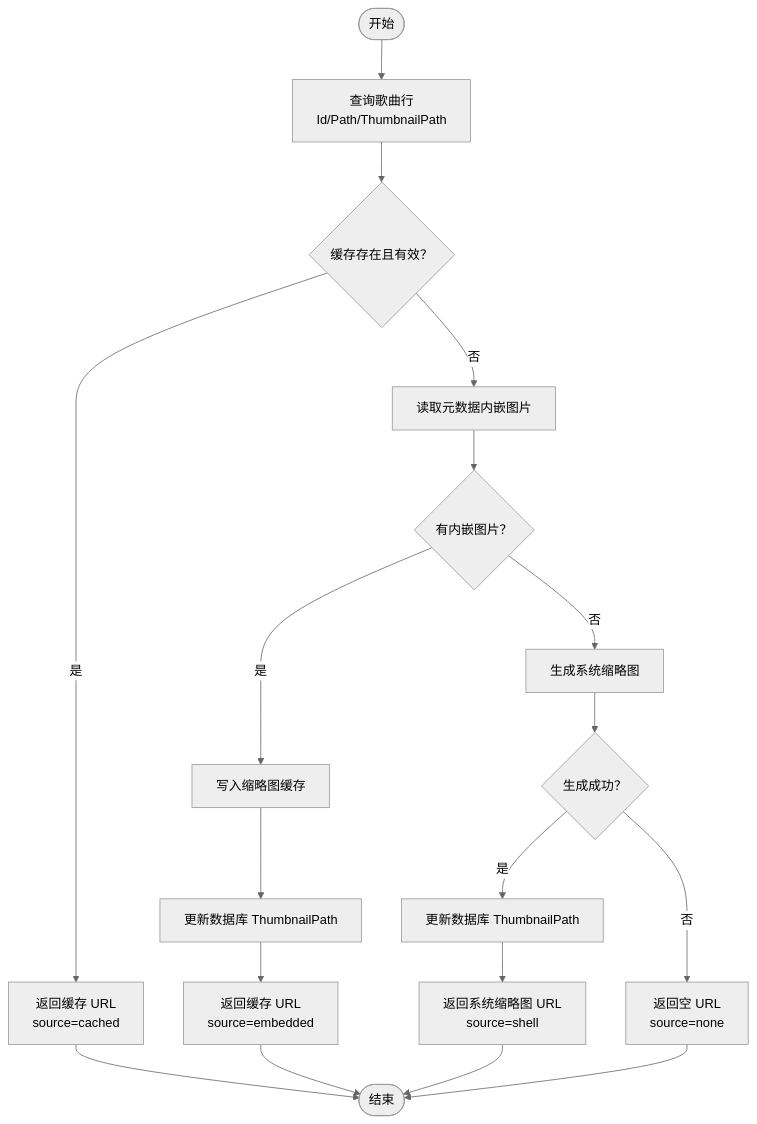
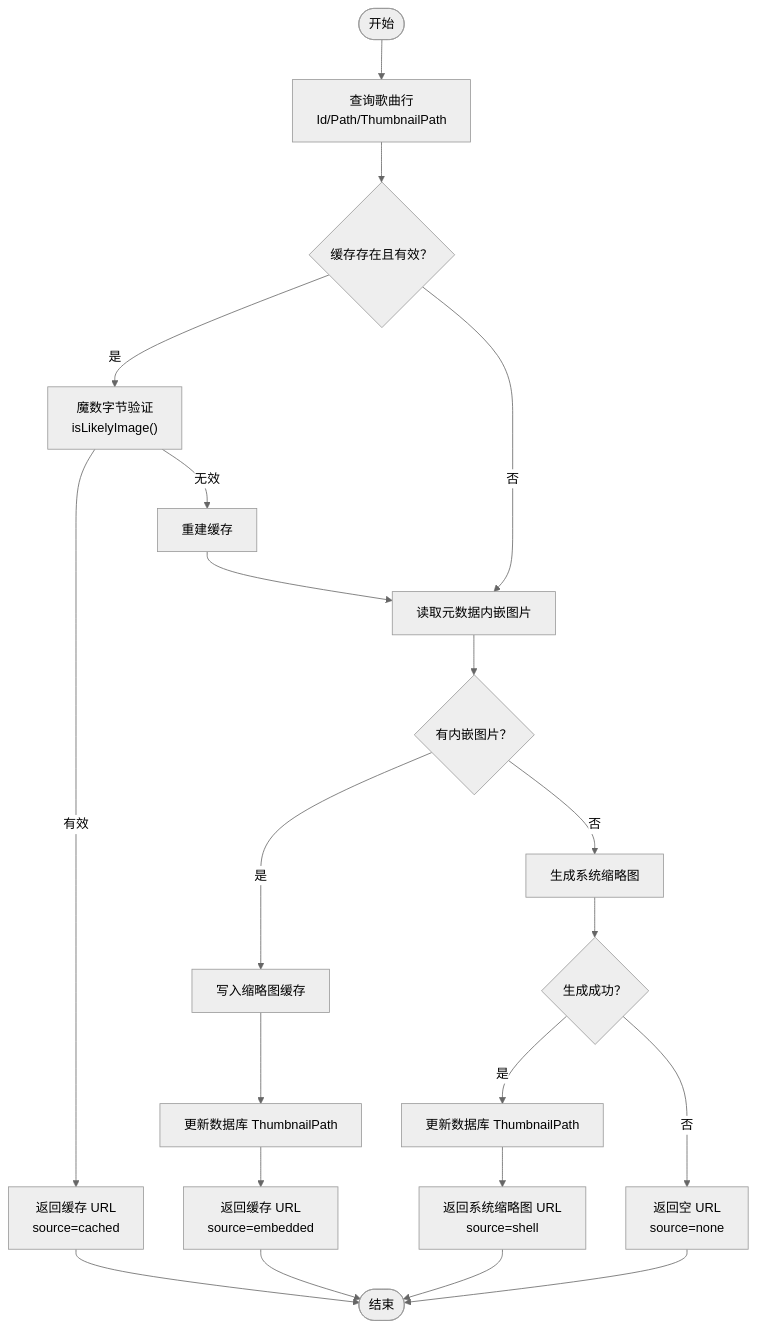
One commit to SeakyLuo/SMPlayerElectron changed the third of 6 diagrams in .qoder/repowiki/zh/content/核心模块/主进程服务模块/艺术作品服务.md. Above: the diagram before and after it, drawn with Mermaid (neutral theme). The commit also changed other lines of this file and 13 other files, not shown here.

````diff
--- a/.qoder/repowiki/zh/content/核心模块/主进程服务模块/艺术作品服务.md
+++ b/.qoder/repowiki/zh/content/核心模块/主进程服务模块/艺术作品服务.md
@@ -156,20 +165,23 @@
 ```mermaid
 flowchart TD
 Start(["开始"]) --> GetRow["查询歌曲行<br/>Id/Path/ThumbnailPath"]
 GetRow --> HasCached{"缓存存在且有效？"}
-HasCached --> |是| UseCached["返回缓存 URL<br/>source=cached"]
+HasCached --> |是| VerifyCache["魔数字节验证<br/>isLikelyImage()"]
+VerifyCache --> |有效| UseCached["返回缓存 URL<br/>source=cached"]
+VerifyCache --> |无效| RebuildCache["重建缓存"]
 HasCached --> |否| TryEmbedded["读取元数据内嵌图片"]
 TryEmbedded --> EmbeddedOK{"有内嵌图片？"}
 EmbeddedOK --> |是| WriteCache["写入缩略图缓存"]
 WriteCache --> UpdateDB["更新数据库 ThumbnailPath"]
 UpdateDB --> ReturnEmbedded["返回缓存 URL<br/>source=embedded"]
 EmbeddedOK --> |否| TryShell["生成系统缩略图"]
 TryShell --> ShellOK{"生成成功？"}
 ShellOK --> |是| UpdateDB2["更新数据库 ThumbnailPath"]
 UpdateDB2 --> ReturnShell["返回系统缩略图 URL<br/>source=shell"]
 ShellOK --> |否| ReturnNone["返回空 URL<br/>source=none"]
 UseCached --> End(["结束"])
 ReturnEmbedded --> End
 ReturnShell --> End
 ReturnNone --> End
+RebuildCache --> TryEmbedded
 ```
````
